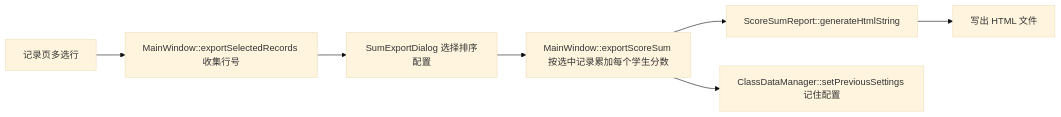
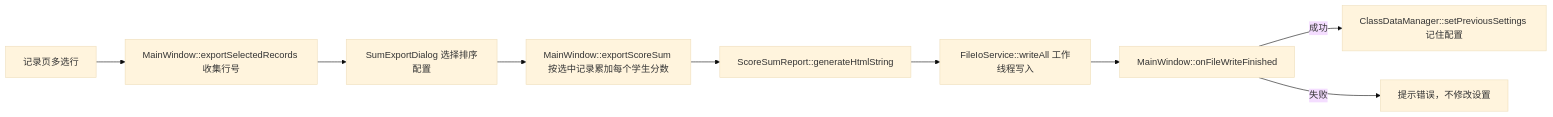
Before and after one commit to fz1251/ClassScoreManager: the sixth of 10 diagrams in docs/structure.md, drawn with Mermaid (base theme). The commit also changed other lines of this file and 17 other files, not shown here.

````diff
--- a/docs/structure.md
+++ b/docs/structure.md
@@ -209,9 +220,11 @@
 ```mermaid
 flowchart LR
     Select[记录页多选行] --> Selected[MainWindow::exportSelectedRecords 收集行号]
     Selected --> Dialog[SumExportDialog 选择排序配置]
     Dialog --> Sum[MainWindow::exportScoreSum 按选中记录累加每个学生分数]
     Sum --> Report[ScoreSumReport::generateHtmlString]
-    Report --> File[写出 HTML 文件]
-    Sum --> Settings[ClassDataManager::setPreviousSettings 记住配置]
+    Report --> Write[FileIoService::writeAll 工作线程写入]
+    Write --> Finish[MainWindow::onFileWriteFinished]
+    Finish -->|成功| Settings[ClassDataManager::setPreviousSettings 记住配置]
+    Finish -->|失败| Error[提示错误，不修改设置]
 ```
````
